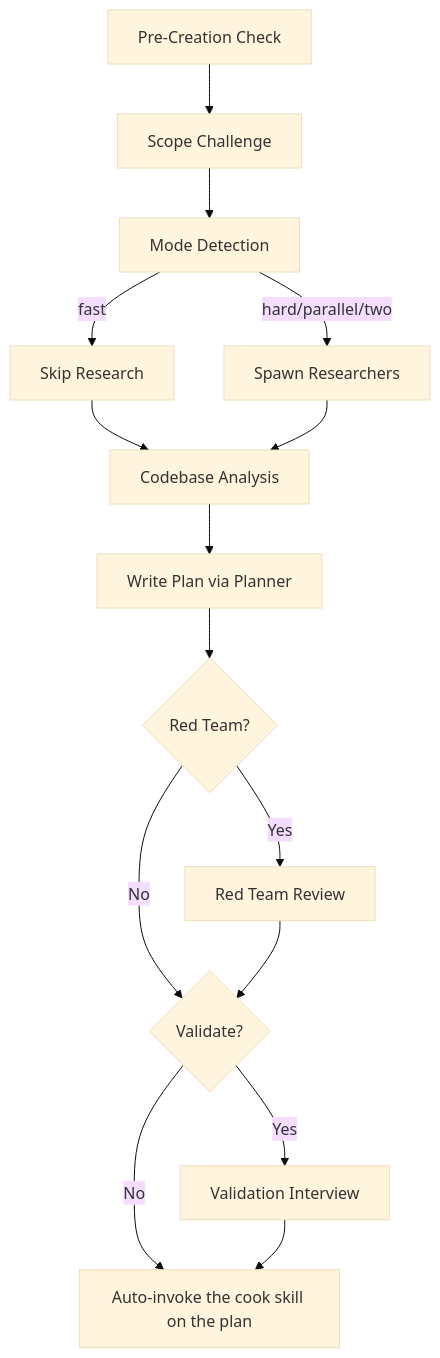
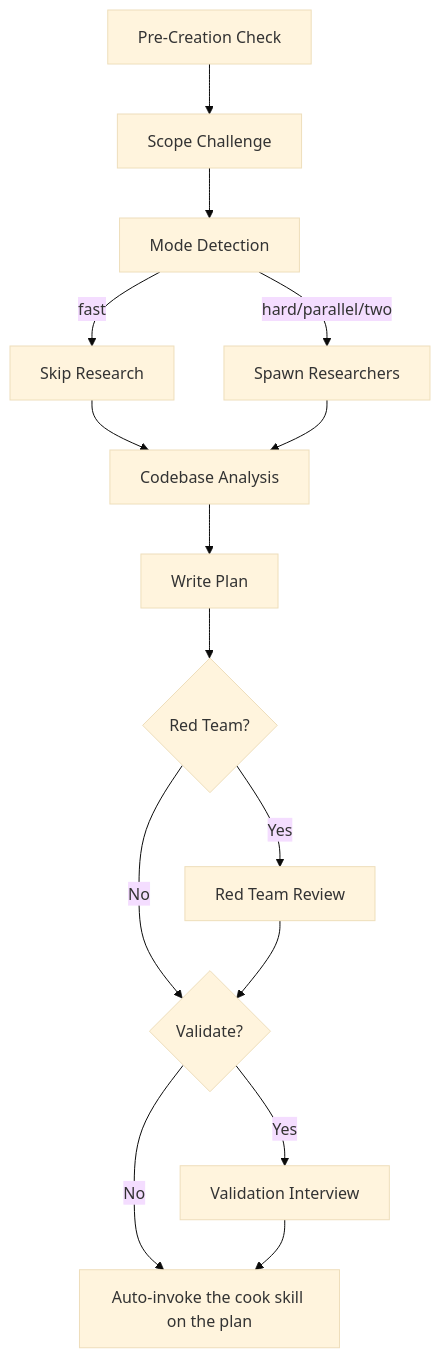
One commit to dphong1995/skills changed the diagram in skills/ck-plan/SKILL.md. Above: the diagram before and after it, drawn with Mermaid (base theme). The commit also changed other lines of this file and 22 other files, not shown here.

Commit message:
Have ck-plan write its own plan files and cut dated prompt text from the skills

````diff
--- a/skills/ck-plan/SKILL.md
+++ b/skills/ck-plan/SKILL.md
@@ -83,17 +83,17 @@
 ```mermaid
 flowchart TD
     A[Pre-Creation Check] --> C[Scope Challenge]
     C --> D[Mode Detection]
     D -->|fast| E[Skip Research]
     D -->|hard/parallel/two| F[Spawn Researchers]
     E --> G[Codebase Analysis]
     F --> G
-    G --> H[Write Plan via Planner]
+    G --> H[Write Plan]
     H --> I{Red Team?}
     I -->|Yes| J[Red Team Review]
     I -->|No| K{Validate?}
     J --> K
     K -->|Yes| L[Validation Interview]
     K -->|No| N[Auto-invoke the cook skill on the plan]
     L --> N
 ```
````
